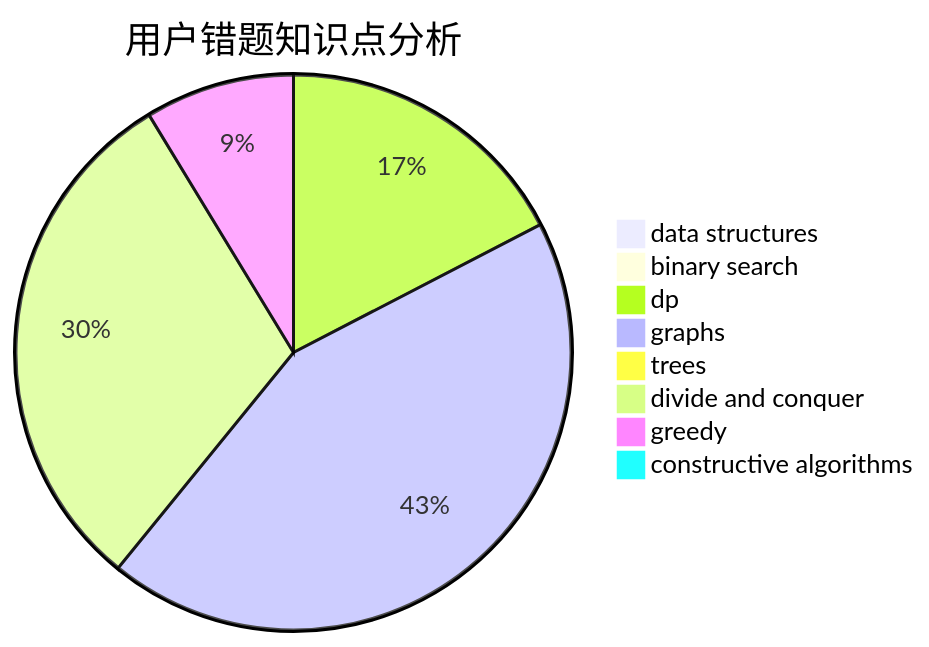
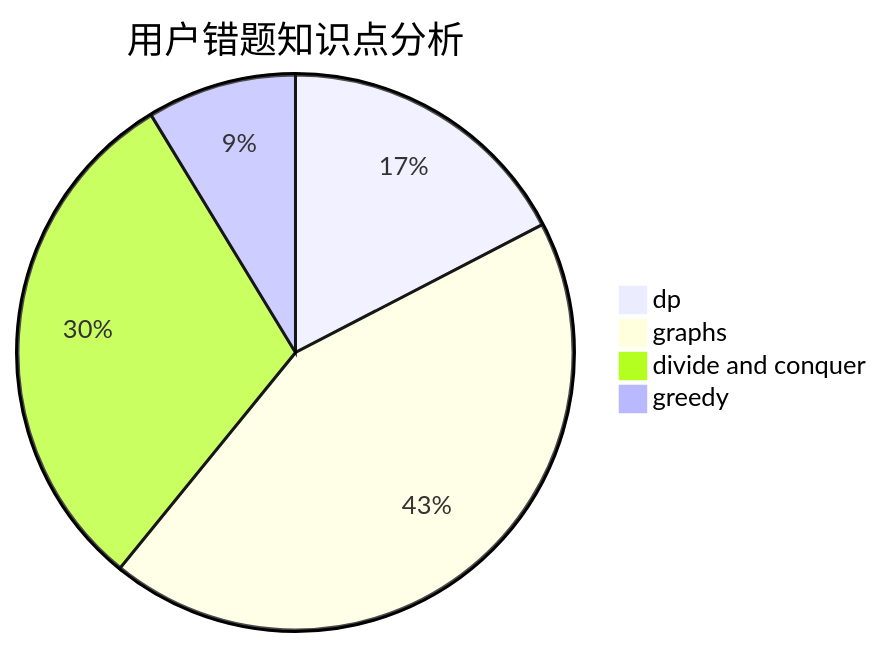
One commit to sherpahu/cfrs.github.io changed the third of 3 diagrams in docs/user/u854.md. Above: the diagram before and after it, drawn with Mermaid. The commit also changed other lines of this file and 2770 other files, not shown here.

````diff
--- a/docs/user/u854.md
+++ b/docs/user/u854.md
@@ -31,11 +27,7 @@
 ```mermaid
 pie title 用户错题知识点分析
-    "data structures" :  0
-    "binary search" :  0
     "dp" :  4
     "graphs" :  10
-    "trees" :  0
     "divide and conquer" :  7
     "greedy" :  2
-    "constructive algorithms" :  0
 ```
````
